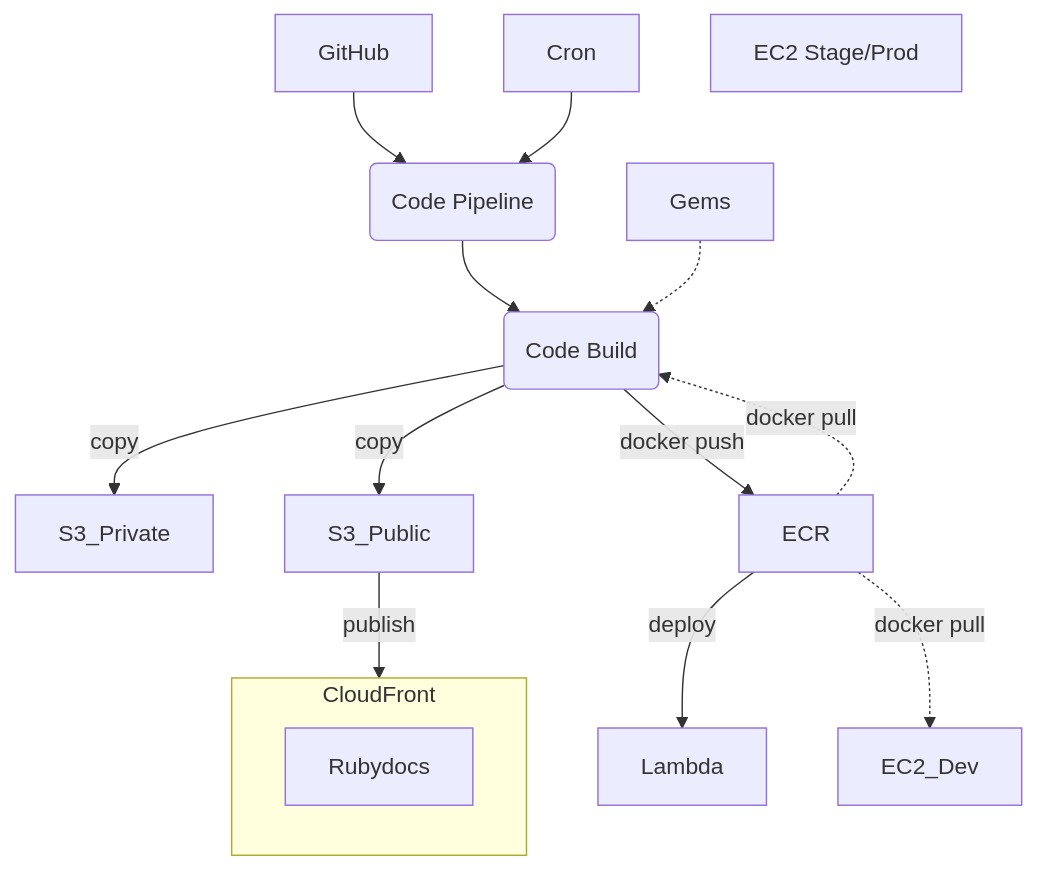
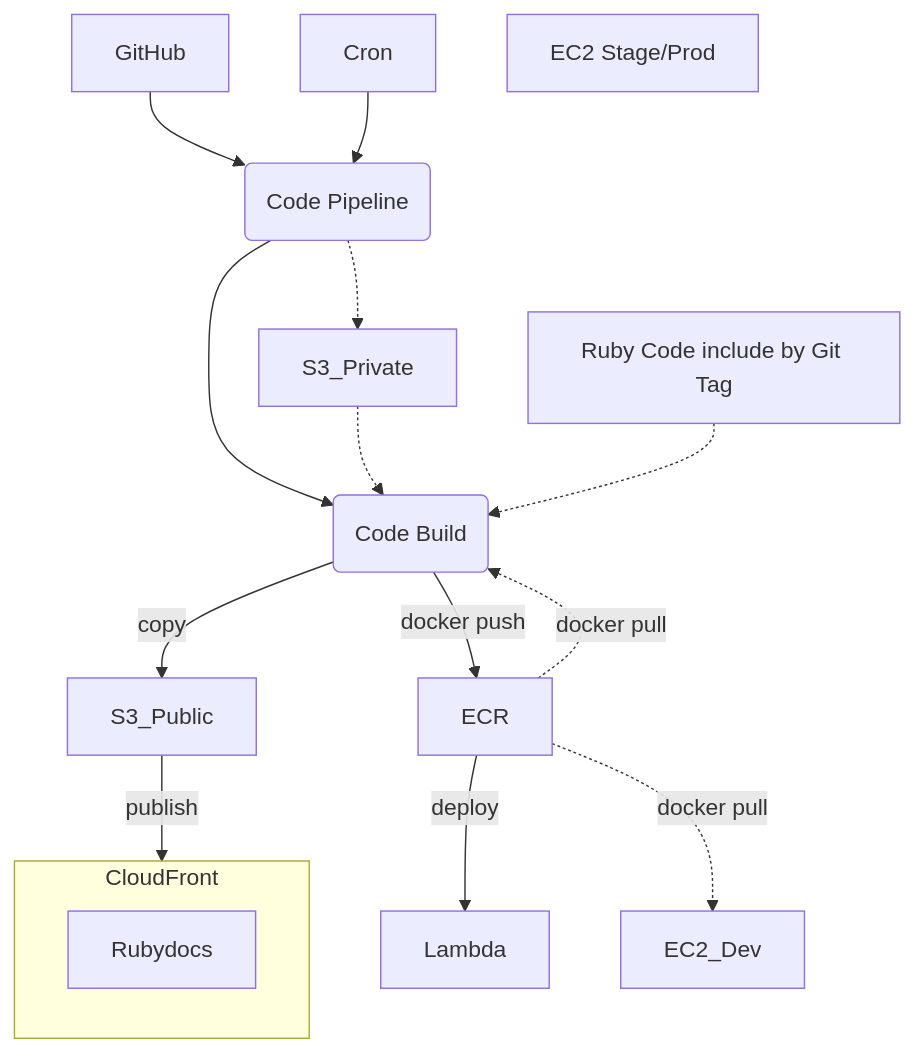
The second of 6 diagrams in design/aws-build/README.md (CDLUC3/mrt-doc), drawn with Mermaid before and after one commit. The commit also changed other lines of this file, not shown here.

````diff
--- a/design/aws-build/README.md
+++ b/design/aws-build/README.md
@@ -43,23 +44,25 @@
 ```mermaid
 graph TD
   GitHub --> Pipeline
   Cron --> Pipeline
   Pipeline(Code Pipeline)
   Pipeline --> Build
   Build(Code Build)
   S3_Private
   S3_Public
   Build --> |copy| S3_Public
   S3_Public --> |publish| CloudFront
   Build --> |docker push| ECR
-  Build --> |copy| S3_Private
+  Pipeline -.-> S3_Private
+  S3_Private -.-> Build
   ECR
   ECR --> |deploy| Lambda
   ECR -.-> |docker pull| EC2_Dev
   ECR -.-> |docker pull| Build
   EC2[EC2 Stage/Prod]
+  Gems[Ruby Code include by Git Tag]
   Gems -.-> Build
   subgraph CloudFront
     Rubydocs
   end
 ```
````
